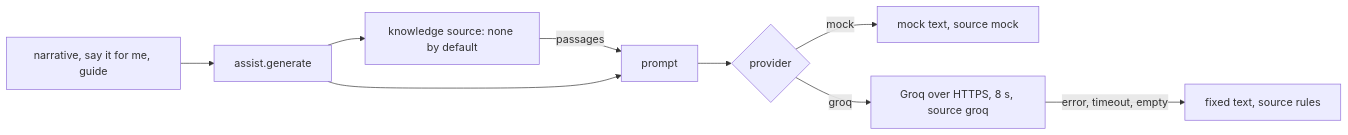
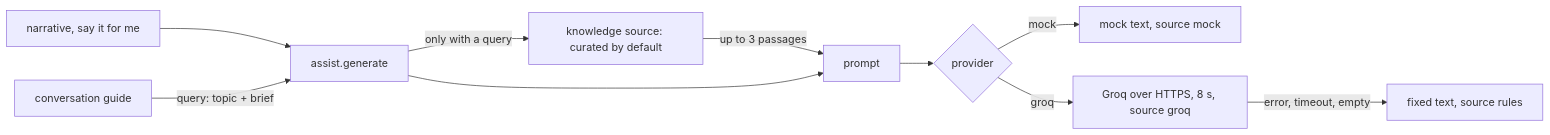
Before and after one commit to MikolajRowicki/ImpactHerHackYeah2026: the eighth of 8 diagrams in docs/architecture.md, drawn with Mermaid. The commit also changed other lines of this file and 16 other files, not shown here.

Commit message:
feat(backend): curated knowledge source with cited Polish passages for the conversation guide

````diff
--- a/docs/architecture.md
+++ b/docs/architecture.md
@@ -258,10 +258,11 @@
 ```mermaid
 flowchart LR
-    F[narrative, say it for me, guide] --> A[assist.generate]
-    A --> K[knowledge source: none by default]
-    K -->|passages| P[prompt]
+    F[narrative, say it for me] --> A[assist.generate]
+    GU[conversation guide] -->|query: topic + brief| A
+    A -->|only with a query| K[knowledge source: curated by default]
+    K -->|up to 3 passages| P[prompt]
     A --> P --> G{provider}
     G -->|mock| M[mock text, source mock]
     G -->|groq| Q[Groq over HTTPS, 8 s, source groq]
     Q -->|error, timeout, empty| FB[fixed text, source rules]
 ```
````
